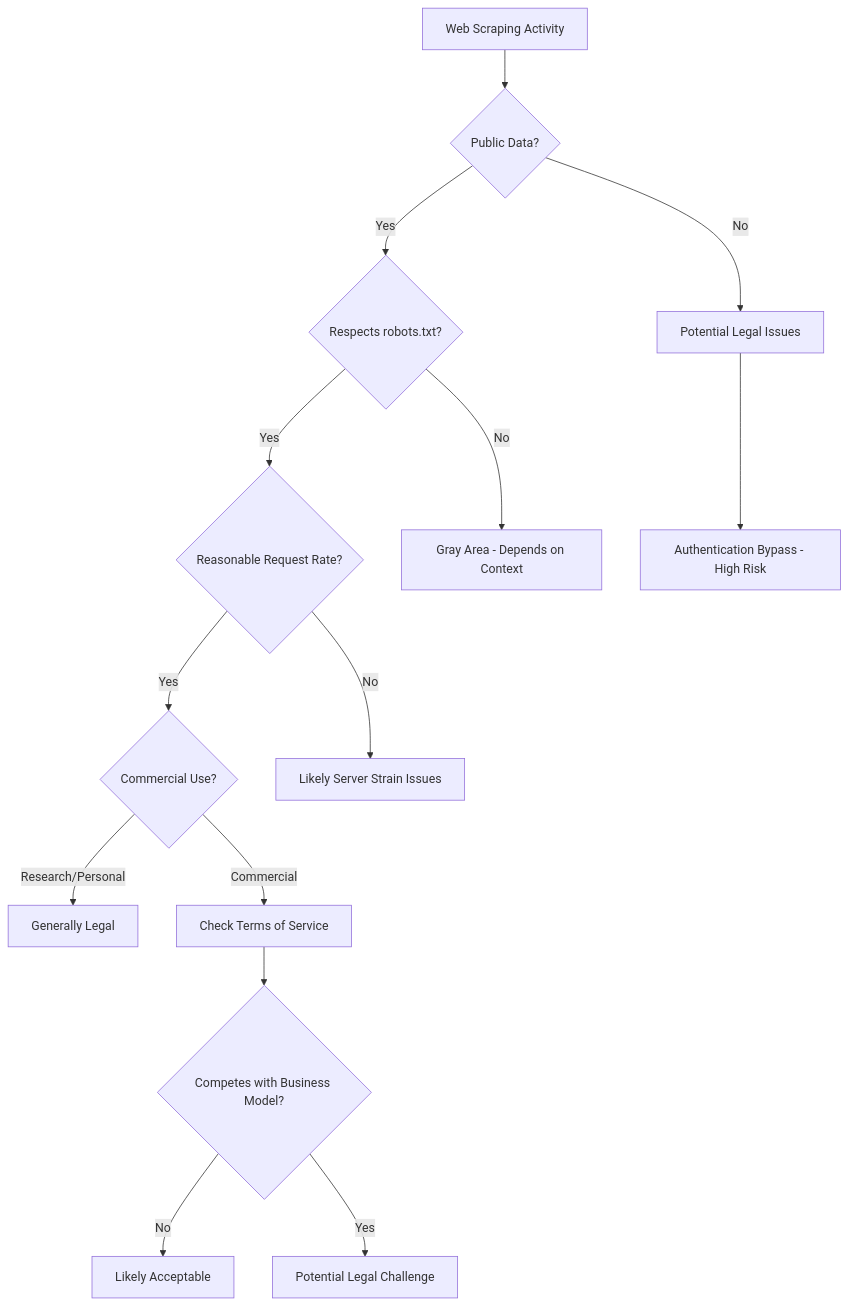
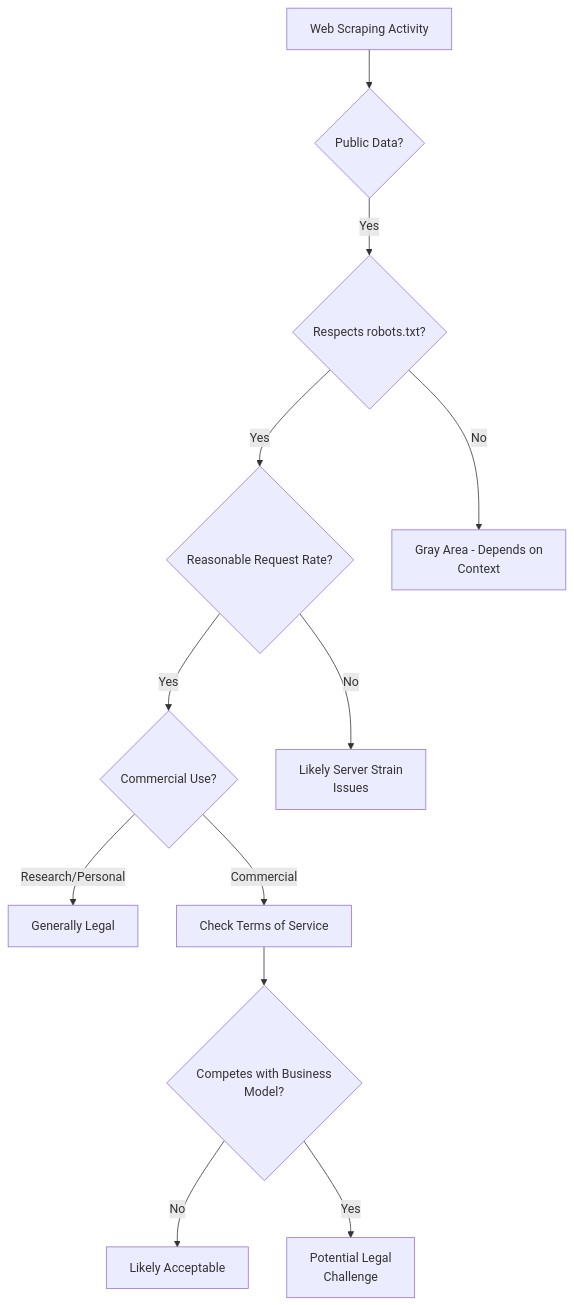
Before and after one commit to bytetunnels/bytetunnels.github.com: the second of 4 diagrams in _posts/2025-05-17-web-scraping-myths-separating-fact-fiction.md, drawn with Mermaid. The commit also changed other lines of this file and 118 other files, not shown here.

Commit message:
feat: improve diagram styling and compact wide flowcharts

````diff
--- a/_posts/2025-05-17-web-scraping-myths-separating-fact-fiction.md
+++ b/_posts/2025-05-17-web-scraping-myths-separating-fact-fiction.md
@@ -21,16 +30,14 @@
 ```mermaid
 graph TD
     A[Web Scraping Activity] --> B{Public Data?}
     B -->|Yes| C{Respects robots.txt?}
-    B -->|No| D[Potential Legal Issues]
     C -->|Yes| E{Reasonable Request Rate?}
-    C -->|No| F[Gray Area - Depends on Context]
+    C -->|No| F["Gray Area - Depends on<br/>Context"]
     E -->|Yes| G{Commercial Use?}
-    E -->|No| H[Likely Server Strain Issues]
+    E -->|No| H["Likely Server Strain<br/>Issues"]
     G -->|Research/Personal| I[Generally Legal]
     G -->|Commercial| J[Check Terms of Service]
-    D --> K[Authentication Bypass - High Risk]
-    J --> L{Competes with Business Model?}
+    J --> L{"Competes with Business<br/>Model?"}
     L -->|No| M[Likely Acceptable]
-    L -->|Yes| N[Potential Legal Challenge]
+    L -->|Yes| N["Potential Legal<br/>Challenge"]
 ```
````
